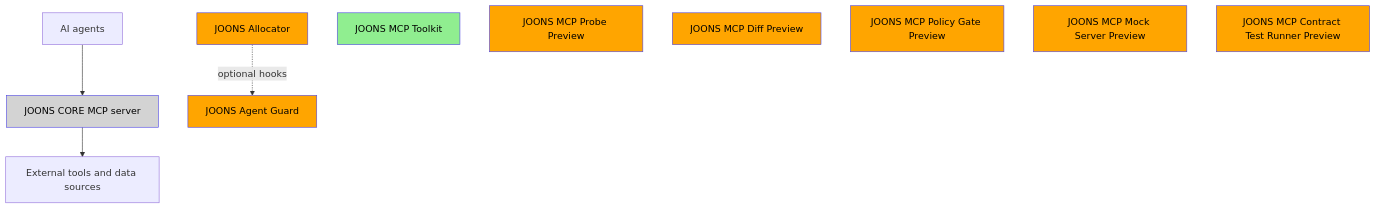
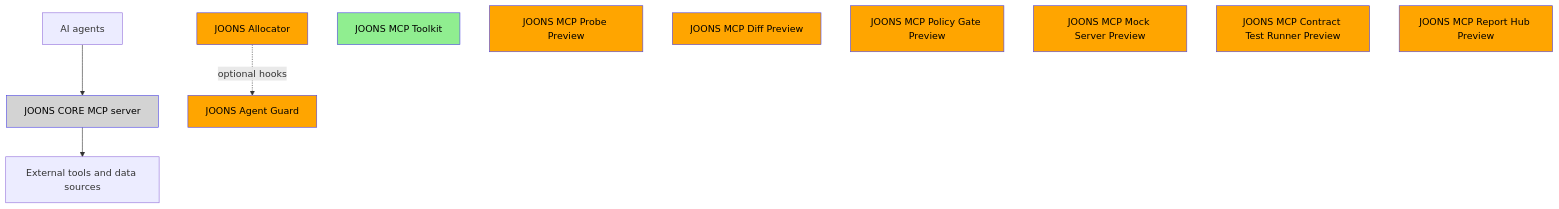
Before and after one commit to dbdefault/joons-ecosystem: the diagram in README.ko.md, drawn with Mermaid. The commit also changed other lines of this file and 2 other files, not shown here.

Commit message:
Docs: add JOONS MCP Report Hub v0.1.0 Preview

````diff
--- a/README.ko.md
+++ b/README.ko.md
@@ -32,20 +33,21 @@
 ```mermaid
 flowchart TD
     Agent["AI agents"] --> CORE["JOONS CORE MCP server"]
     CORE --> External["External tools and data sources"]
     Allocator["JOONS Allocator"] -. "optional hooks" .-> Guard["JOONS Agent Guard"]
     Toolkit["JOONS MCP Toolkit"]
     Probe["JOONS MCP Probe Preview"]
     Diff["JOONS MCP Diff Preview"]
     PolicyGate["JOONS MCP Policy Gate Preview"]
     MockServer["JOONS MCP Mock Server Preview"]
     ContractRunner["JOONS MCP Contract Test Runner Preview"]
+    ReportHub["JOONS MCP Report Hub Preview"]
     classDef private fill:#d3d3d3,stroke:#4F46E5,color:#000
     classDef public fill:#90ee90,stroke:#4F46E5,color:#000
     classDef preview fill:#ffa500,stroke:#4F46E5,color:#000
     classDef planned fill:#add8e6,stroke:#4F46E5,color:#000
     class CORE private
     class Toolkit public
     class Guard,Allocator preview
-    class Probe,Diff,PolicyGate,MockServer,ContractRunner preview
+    class Probe,Diff,PolicyGate,MockServer,ContractRunner,ReportHub preview
 ```
````
